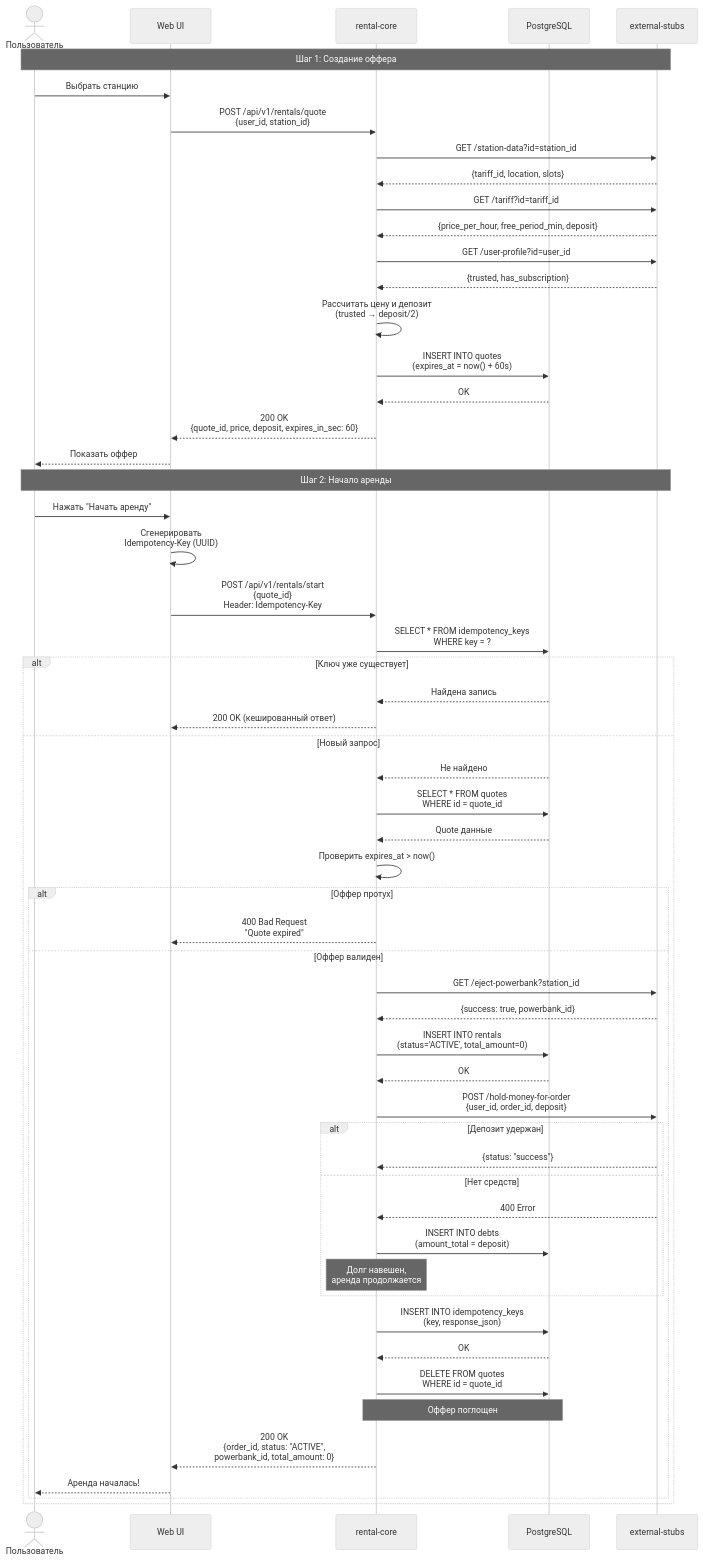
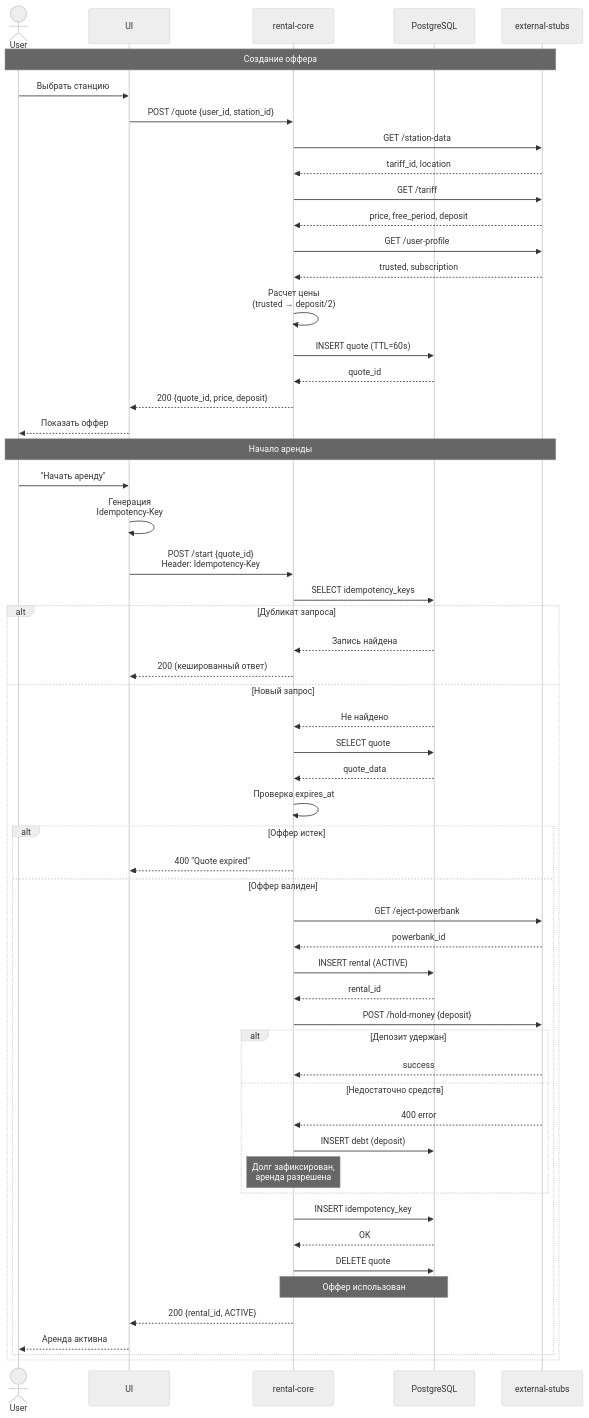
The diagram in diagrams/02-create-rental-flow.md (AlexanderExp/SysDesign-HW-1), drawn with Mermaid (neutral theme) before and after one commit. The commit also changed 4 other files, not shown here.

Commit message:
fixed diagrams

````diff
--- a/diagrams/02-create-rental-flow.md
+++ b/diagrams/02-create-rental-flow.md
@@ -5,77 +5,77 @@
 ```mermaid
 sequenceDiagram
-    actor User as Пользователь
-    participant UI as Web UI
+    actor User
+    participant UI
     participant RC as rental-core
     participant PG as PostgreSQL
     participant ES as external-stubs
     
-    Note over User,ES: Шаг 1: Создание оффера
+    Note over User,ES: Создание оффера
     
     User->>UI: Выбрать станцию
-    UI->>RC: POST /api/v1/rentals/quote<br/>{user_id, station_id}
+    UI->>RC: POST /quote {user_id, station_id}
     
-    RC->>ES: GET /station-data?id=station_id
-    ES-->>RC: {tariff_id, location, slots}
+    RC->>ES: GET /station-data
+    ES-->>RC: tariff_id, location
     
-    RC->>ES: GET /tariff?id=tariff_id
-    ES-->>RC: {price_per_hour, free_period_min, deposit}
+    RC->>ES: GET /tariff
+    ES-->>RC: price, free_period, deposit
     
-    RC->>ES: GET /user-profile?id=user_id
-    ES-->>RC: {trusted, has_subscription}
+    RC->>ES: GET /user-profile
+    ES-->>RC: trusted, subscription
     
-    RC->>RC: Рассчитать цену и депозит<br/>(trusted → deposit/2)
+    RC->>RC: Расчет цены<br/>(trusted → deposit/2)
     
-    RC->>PG: INSERT INTO quotes<br/>(expires_at = now() + 60s)
-    PG-->>RC: OK
+    RC->>PG: INSERT quote (TTL=60s)
+    PG-->>RC: quote_id
     
-    RC-->>UI: 200 OK<br/>{quote_id, price, deposit, expires_in_sec: 60}
+    RC-->>UI: 200 {quote_id, price, deposit}
     UI-->>User: Показать оффер
     
-    Note over User,ES: Шаг 2: Начало аренды
+    Note over User,ES: Начало аренды
     
-    User->>UI: Нажать "Начать аренду"
-    UI->>UI: Сгенерировать<br/>Idempotency-Key (UUID)
-    UI->>RC: POST /api/v1/rentals/start<br/>{quote_id}<br/>Header: Idempotency-Key
+    User->>UI: "Начать аренду"
+    UI->>UI: Генерация<br/>Idempotency-Key
+    UI->>RC: POST /start {quote_id}<br/>Header: Idempotency-Key
     
-    RC->>PG: SELECT * FROM idempotency_keys<br/>WHERE key = ?
-    alt Ключ уже существует
-        PG-->>RC: Найдена запись
-        RC-->>UI: 200 OK (кешированный ответ)
+    RC->>PG: SELECT idempotency_keys
+    alt Дубликат запроса
+        PG-->>RC: Запись найдена
+        RC-->>UI: 200 (кешированный ответ)
     else Новый запрос
         PG-->>RC: Не найдено
         
-        RC->>PG: SELECT * FROM quotes<br/>WHERE id = quote_id
-        PG-->>RC: Quote данные
+        RC->>PG: SELECT quote
+        PG-->>RC: quote_data
         
-        RC->>RC: Проверить expires_at > now()
+        RC->>RC: Проверка expires_at
         
-        alt Оффер протух
-            RC-->>UI: 400 Bad Request<br/>"Quote expired"
+        alt Оффер истек
+            RC-->>UI: 400 "Quote expired"
         else Оффер валиден
-            RC->>ES: GET /eject-powerbank?station_id
-            ES-->>RC: {success: true, powerbank_id}
+            RC->>ES: GET /eject-powerbank
+            ES-->>RC: powerbank_id
             
-            RC->>PG: INSERT INTO rentals<br/>(status='ACTIVE', total_amount=0)
+            RC->>PG: INSERT rental (ACTIVE)
+            PG-->>RC: rental_id
+            
+            RC->>ES: POST /hold-money {deposit}
+            alt Депозит удержан
+                ES-->>RC: success
+            else Недостаточно средств
+                ES-->>RC: 400 error
+                RC->>PG: INSERT debt (deposit)
+                Note over RC: Долг зафиксирован,<br/>аренда разрешена
+            end
+            
+            RC->>PG: INSERT idempotency_key
             PG-->>RC: OK
             
-            RC->>ES: POST /hold-money-for-order<br/>{user_id, order_id, deposit}
-            alt Депозит удержан
-                ES-->>RC: {status: "success"}
-            else Нет средств
-                ES-->>RC: 400 Error
-                RC->>PG: INSERT INTO debts<br/>(amount_total = deposit)
-                Note over RC: Долг навешен,<br/>аренда продолжается
-            end
+            RC->>PG: DELETE quote
+            Note over RC,PG: Оффер использован
             
-            RC->>PG: INSERT INTO idempotency_keys<br/>(key, response_json)
-            PG-->>RC: OK
-            
-            RC->>PG: DELETE FROM quotes<br/>WHERE id = quote_id
-            Note over RC,PG: Оффер поглощен
-            
-            RC-->>UI: 200 OK<br/>{order_id, status: "ACTIVE",<br/>powerbank_id, total_amount: 0}
-            UI-->>User: Аренда началась!
+            RC-->>UI: 200 {rental_id, ACTIVE}
+            UI-->>User: Аренда активна
         end
     end
 ```
````
